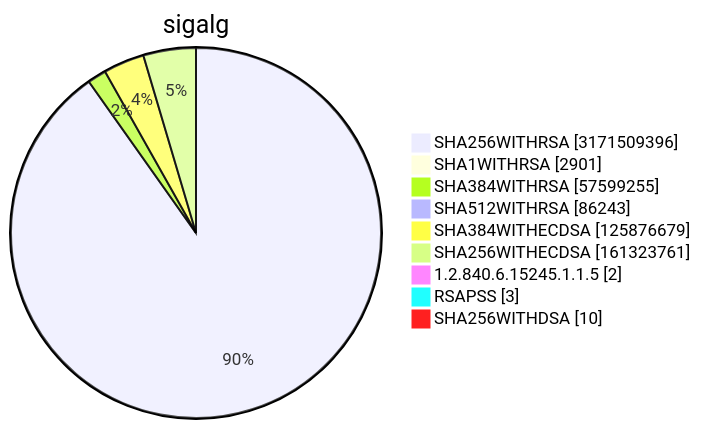
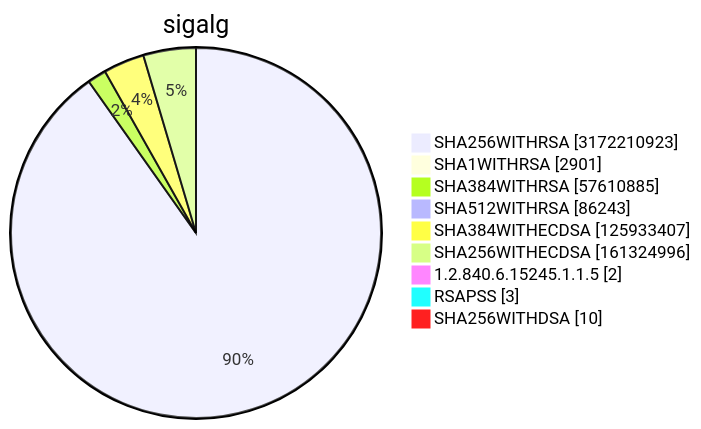
Diagram 15 of 15 in TOTAL/README.md (christiankrug/ctmonitor_visualization), drawn with Mermaid before and after one commit. The commit also changed other lines of this file, not shown here.

````diff
--- a/TOTAL/README.md
+++ b/TOTAL/README.md
@@ -6215,13 +6215,13 @@
 ```mermaid
 pie showData
 title sigalg
-"SHA256WITHRSA" :3171509396
+"SHA256WITHRSA" :3172210923
 "SHA1WITHRSA" :2901
-"SHA384WITHRSA" :57599255
+"SHA384WITHRSA" :57610885
 "SHA512WITHRSA" :86243
-"SHA384WITHECDSA" :125876679
-"SHA256WITHECDSA" :161323761
+"SHA384WITHECDSA" :125933407
+"SHA256WITHECDSA" :161324996
 "1.2.840.6.15245.1.1.5" :2
 "RSAPSS" :3
 "SHA256WITHDSA" :10
 ```
````
